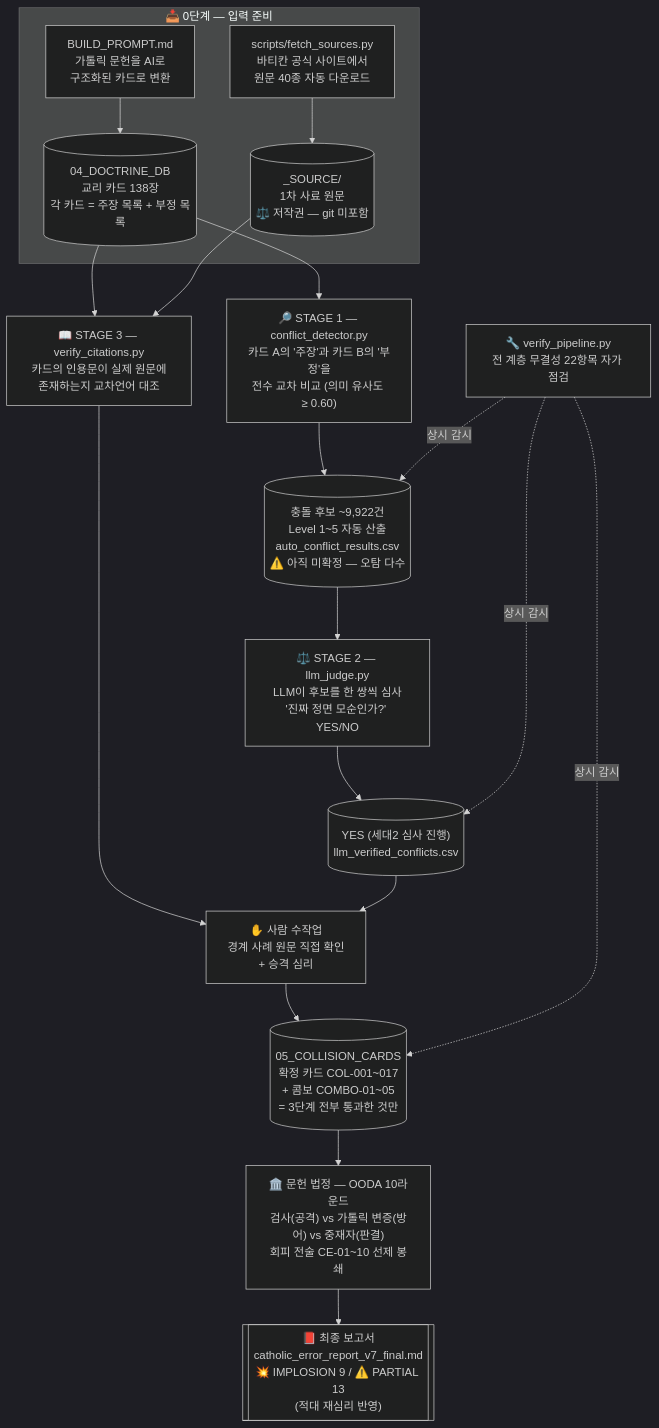
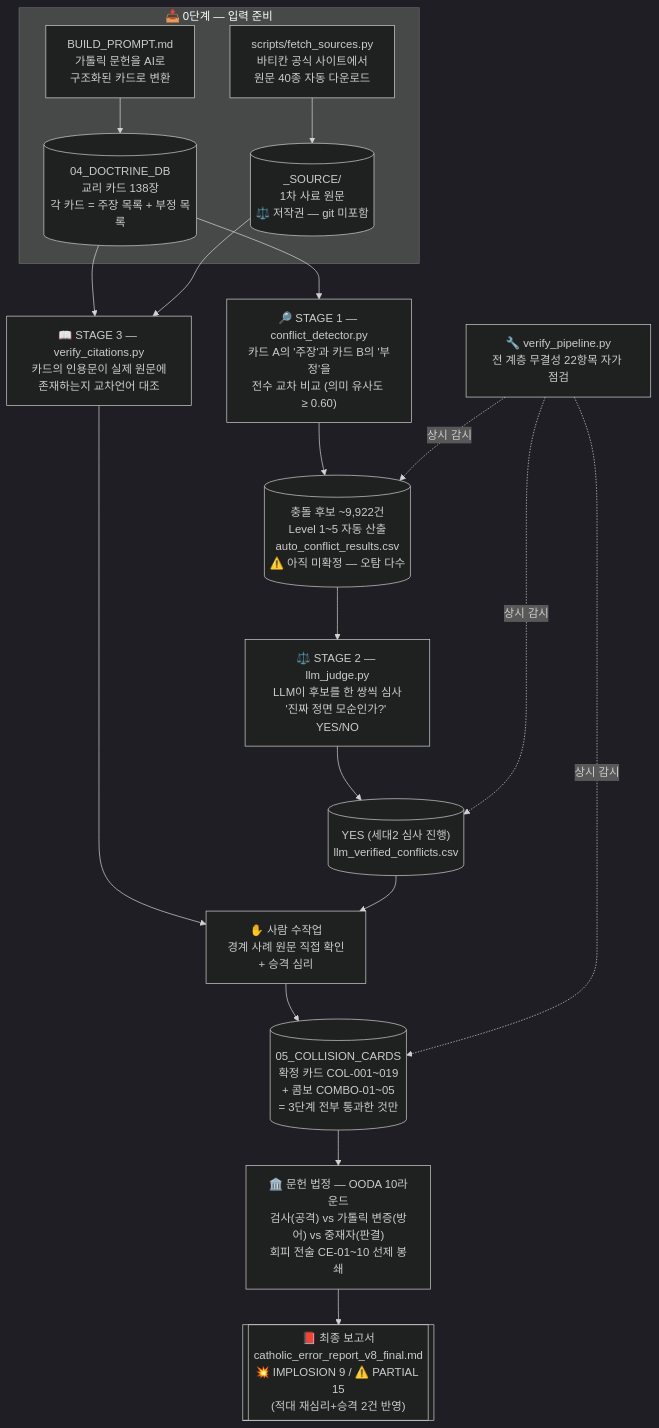
The first of 2 diagrams in the-catholic-audit/README.md (jloveonly-prog/the-scripture-audit-ko), drawn with Mermaid (dark theme) before and after one commit. The commit also changed other lines of this file and 4 other files, not shown here.

````diff
--- a/the-catholic-audit/README.md
+++ b/the-catholic-audit/README.md
@@ -44,27 +44,27 @@
 ```mermaid
 flowchart TD
     subgraph PREP["📥 0단계 — 입력 준비"]
         A["BUILD_PROMPT.md<br/>가톨릭 문헌을 AI로<br/>구조화된 카드로 변환"] --> B[("04_DOCTRINE_DB<br/>교리 카드 138장<br/>각 카드 = 주장 목록 + 부정 목록")]
         F["scripts/fetch_sources.py<br/>바티칸 공식 사이트에서<br/>원문 40종 자동 다운로드"] --> S[("_SOURCE/<br/>1차 사료 원문<br/>⚖️ 저작권 — git 미포함")]
     end
 
     B --> C["🔎 STAGE 1 — conflict_detector.py<br/>카드 A의 '주장'과 카드 B의 '부정'을<br/>전수 교차 비교 (의미 유사도 ≥ 0.60)"]
     C --> D[("충돌 후보 ~9,922건<br/>Level 1~5 자동 산출<br/>auto_conflict_results.csv<br/>⚠️ 아직 미확정 — 오탐 다수")]
 
     D --> E["⚖️ STAGE 2 — llm_judge.py<br/>LLM이 후보를 한 쌍씩 심사<br/>'진짜 정면 모순인가?' YES/NO"]
     E --> G[("YES (세대2 심사 진행)<br/>llm_verified_conflicts.csv")]
 
     B --> H["📖 STAGE 3 — verify_citations.py<br/>카드의 인용문이 실제 원문에<br/>존재하는지 교차언어 대조"]
     S --> H
     H --> I["✋ 사람 수작업<br/>경계 사례 원문 직접 확인<br/>+ 승격 심리"]
     G --> I
 
-    I --> J[("05_COLLISION_CARDS<br/>확정 카드 COL-001~017<br/>+ 콤보 COMBO-01~05<br/>= 3단계 전부 통과한 것만")]
+    I --> J[("05_COLLISION_CARDS<br/>확정 카드 COL-001~019<br/>+ 콤보 COMBO-01~05<br/>= 3단계 전부 통과한 것만")]
 
     J --> K["🏛️ 문헌 법정 — OODA 10라운드<br/>검사(공격) vs 가톨릭 변증(방어) vs 중재자(판결)<br/>회피 전술 CE-01~10 선제 봉쇄"]
-    K --> L[["📕 최종 보고서<br/>catholic_error_report_v7_final.md<br/>💥 IMPLOSION 9 / ⚠️ PARTIAL 13<br/>(적대 재심리 반영)"]]
+    K --> L[["📕 최종 보고서<br/>catholic_error_report_v8_final.md<br/>💥 IMPLOSION 9 / ⚠️ PARTIAL 15<br/>(적대 재심리+승격 2건 반영)"]]
 
     V["🔧 verify_pipeline.py<br/>전 계층 무결성 22항목 자가 점검"] -.->|상시 감시| D
     V -.->|상시 감시| G
     V -.->|상시 감시| J
 ```
````
